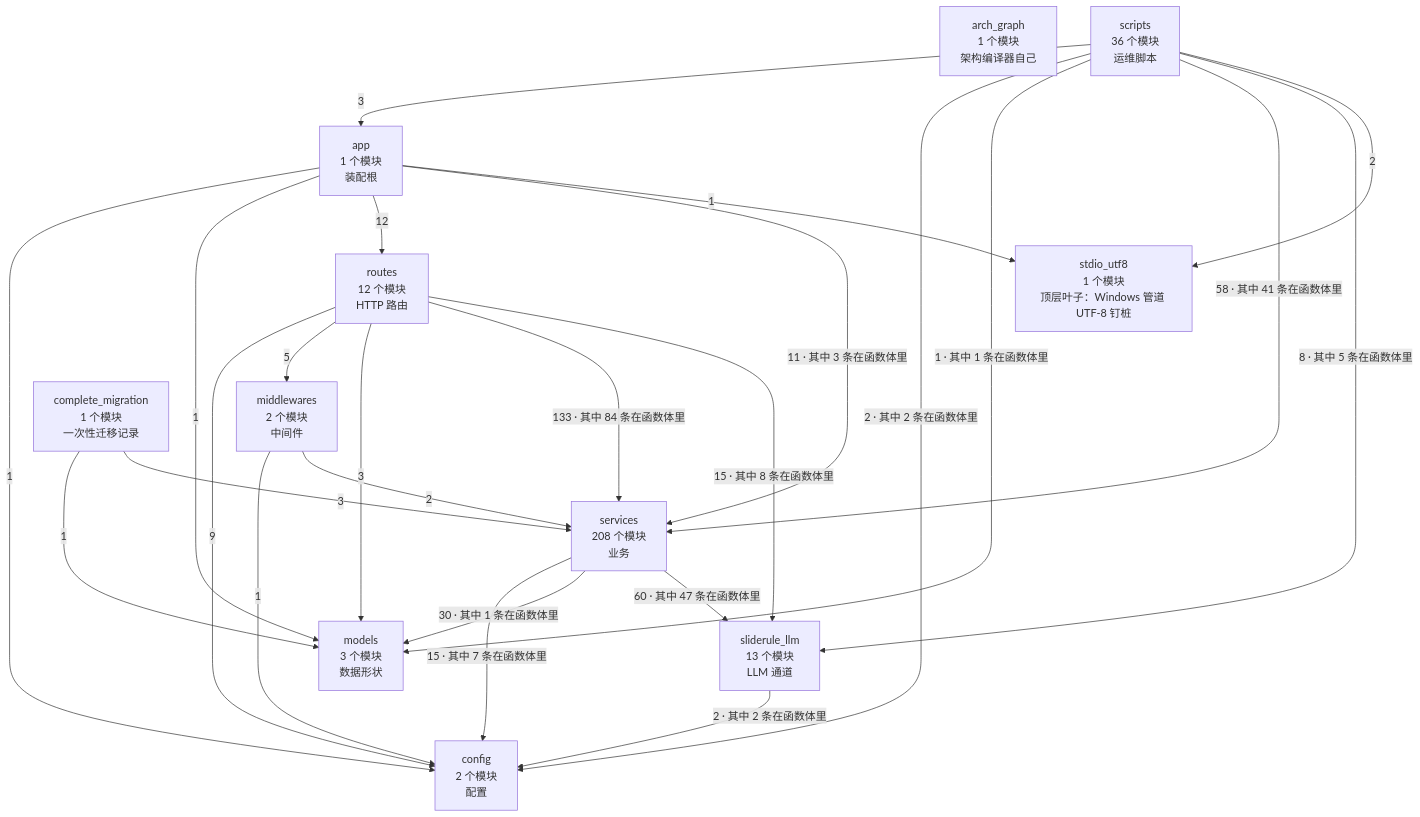
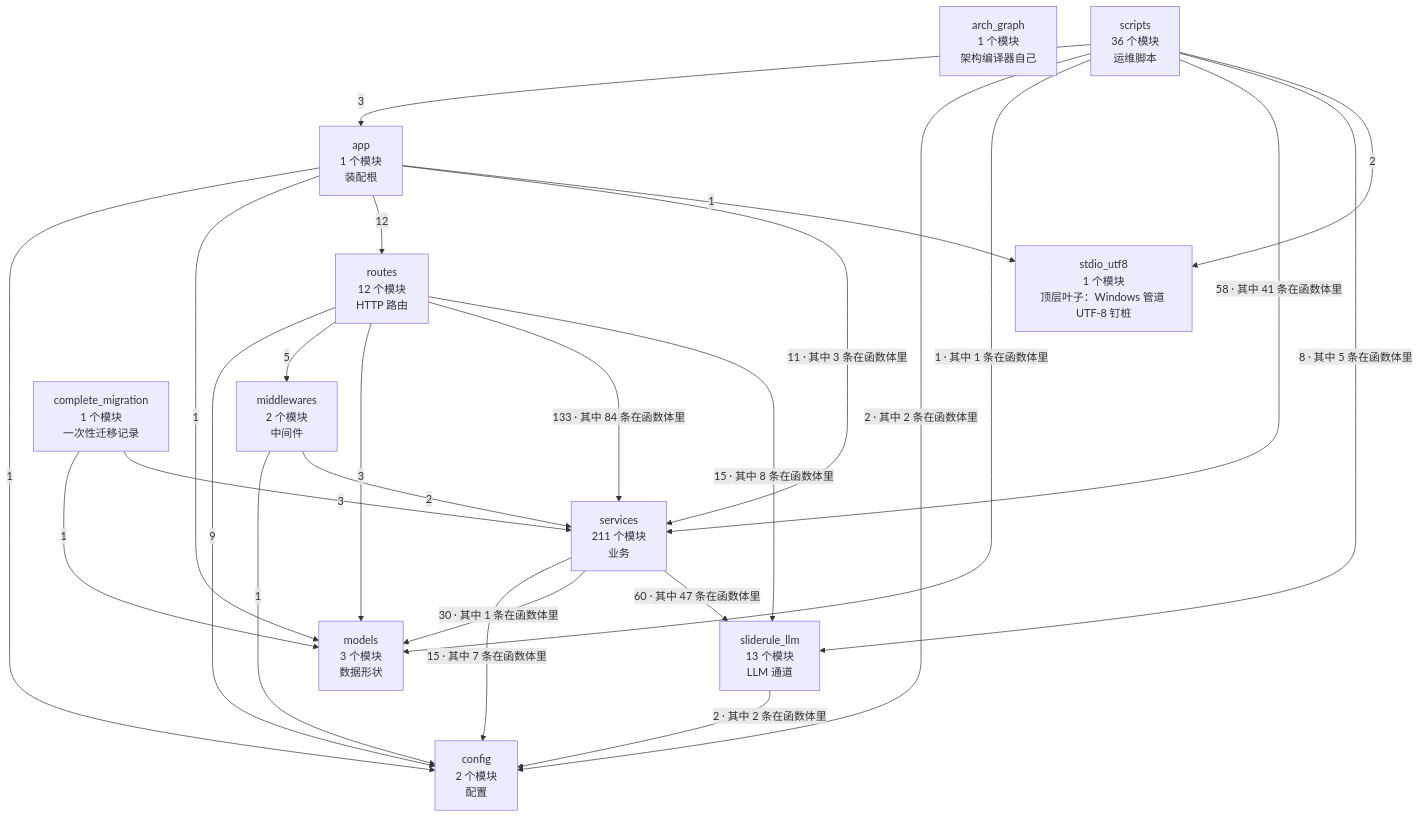
The second of 4 diagrams in docs/SlideRule V6.2 架构图（自动生成）.md (2686521696/WhyBuddy), drawn with Mermaid before and after one commit. The commit also changed other lines of this file and 76 other files, not shown here.

````diff
--- a/docs/SlideRule V6.2 架构图（自动生成）.md
+++ b/docs/SlideRule V6.2 架构图（自动生成）.md
@@ -36,38 +60,38 @@
 ```mermaid
 flowchart TB
   arch_graph["arch_graph<br/>1 个模块<br/>架构编译器自己"]
   config["config<br/>2 个模块<br/>配置"]
   models["models<br/>3 个模块<br/>数据形状"]
   stdio_utf8["stdio_utf8<br/>1 个模块<br/>顶层叶子：Windows 管道 UTF-8 钉桩"]
   sliderule_llm["sliderule_llm<br/>13 个模块<br/>LLM 通道"]
   middlewares["middlewares<br/>2 个模块<br/>中间件"]
-  services["services<br/>208 个模块<br/>业务"]
+  services["services<br/>211 个模块<br/>业务"]
   routes["routes<br/>12 个模块<br/>HTTP 路由"]
   app["app<br/>1 个模块<br/>装配根"]
   complete_migration["complete_migration<br/>1 个模块<br/>一次性迁移记录"]
   scripts["scripts<br/>36 个模块<br/>运维脚本"]
   app -->|1| config
   app -->|1| models
   app -->|12| routes
   app -->|11 · 其中 3 条在函数体里| services
   app -->|1| stdio_utf8
   complete_migration -->|1| models
   complete_migration -->|3| services
   middlewares -->|1| config
   middlewares -->|2| services
   routes -->|9| config
   routes -->|5| middlewares
   routes -->|3| models
   routes -->|133 · 其中 84 条在函数体里| services
   routes -->|15 · 其中 8 条在函数体里| sliderule_llm
   scripts -->|3| app
   scripts -->|2 · 其中 2 条在函数体里| config
   scripts -->|1 · 其中 1 条在函数体里| models
   scripts -->|58 · 其中 41 条在函数体里| services
   scripts -->|8 · 其中 5 条在函数体里| sliderule_llm
   scripts -->|2| stdio_utf8
   services -->|15 · 其中 7 条在函数体里| config
   services -->|30 · 其中 1 条在函数体里| models
   services -->|60 · 其中 47 条在函数体里| sliderule_llm
   sliderule_llm -->|2 · 其中 2 条在函数体里| config
 ```
````
